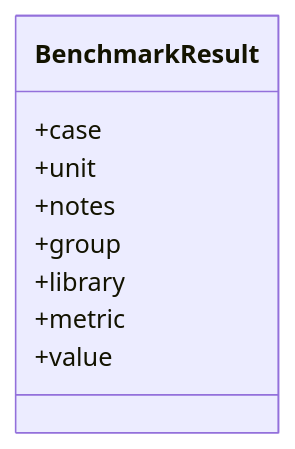
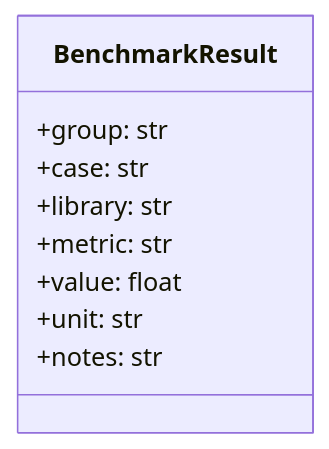
One commit to SmollCoco/GlassBox changed the diagram in packages/glassbox-benchmark/docs/UML_Class_Diagram.md. Above: the diagram before and after it, drawn with Mermaid. The commit also changed 24 other files, not shown here.

Commit message:
Refining the project's structure and refining README files and UML class diagrams

````diff
--- a/packages/glassbox-benchmark/docs/UML_Class_Diagram.md
+++ b/packages/glassbox-benchmark/docs/UML_Class_Diagram.md
@@ -3,12 +3,12 @@
 ```mermaid
 classDiagram
     class BenchmarkResult {
-        +case
-        +unit
-        +notes
-        +group
-        +library
-        +metric
-        +value
+        +group: str
+        +case: str
+        +library: str
+        +metric: str
+        +value: float
+        +unit: str
+        +notes: str
     }
 ```
````
